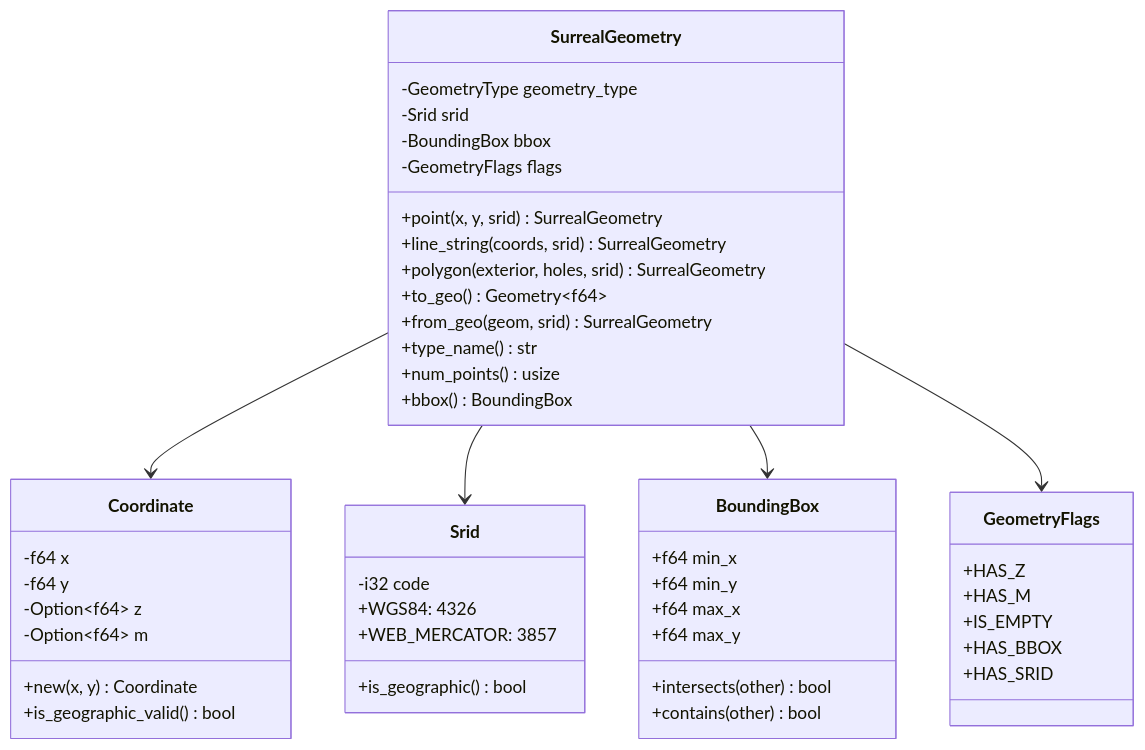
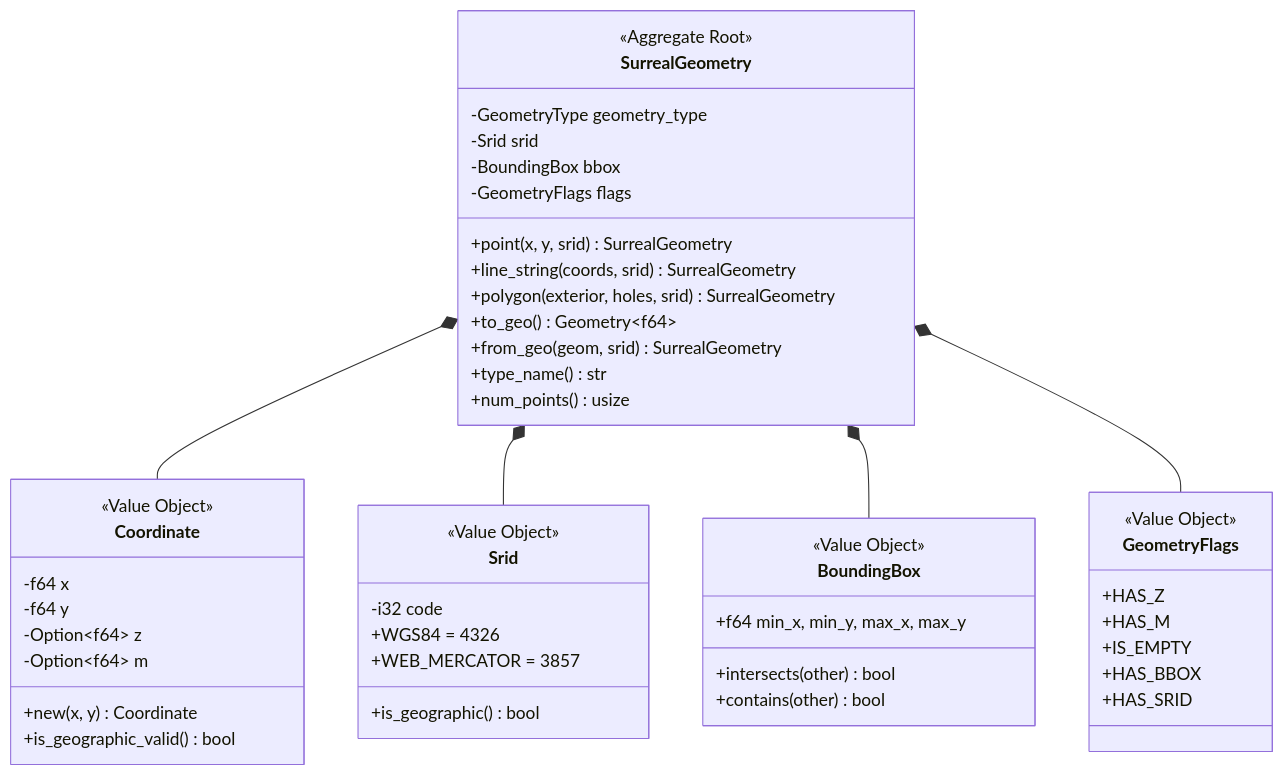
One commit to nitin84india/surreal-gis changed the third of 4 diagrams in README.md. Above: the diagram before and after it, drawn with Mermaid. The commit also changed other lines of this file and 20 other files, not shown here.

````diff
--- a/README.md
+++ b/README.md
@@ -34,55 +74,56 @@
 ```mermaid
 classDiagram
     class SurrealGeometry {
+        <<Aggregate Root>>
         -GeometryType geometry_type
         -Srid srid
         -BoundingBox bbox
         -GeometryFlags flags
         +point(x, y, srid) SurrealGeometry
         +line_string(coords, srid) SurrealGeometry
         +polygon(exterior, holes, srid) SurrealGeometry
         +to_geo() Geometry~f64~
         +from_geo(geom, srid) SurrealGeometry
         +type_name() str
         +num_points() usize
-        +bbox() BoundingBox
     }
 
     class Coordinate {
+        <<Value Object>>
         -f64 x
         -f64 y
         -Option~f64~ z
         -Option~f64~ m
         +new(x, y) Coordinate
         +is_geographic_valid() bool
     }
 
     class Srid {
+        <<Value Object>>
         -i32 code
-        +WGS84: 4326
-        +WEB_MERCATOR: 3857
+        +WGS84 = 4326
+        +WEB_MERCATOR = 3857
         +is_geographic() bool
     }
 
     class BoundingBox {
-        +f64 min_x
-        +f64 min_y
-        +f64 max_x
-        +f64 max_y
+        <<Value Object>>
+        +f64 min_x, min_y, max_x, max_y
         +intersects(other) bool
         +contains(other) bool
     }
 
     class GeometryFlags {
+        <<Value Object>>
         +HAS_Z
         +HAS_M
         +IS_EMPTY
         +HAS_BBOX
         +HAS_SRID
     }
 
-    SurrealGeometry --> Coordinate
-    SurrealGeometry --> Srid
-    SurrealGeometry --> BoundingBox
-    SurrealGeometry --> GeometryFlags
+    SurrealGeometry *-- Coordinate
+    SurrealGeometry *-- Srid
+    SurrealGeometry *-- BoundingBox
+    SurrealGeometry *-- GeometryFlags
 ```
````
